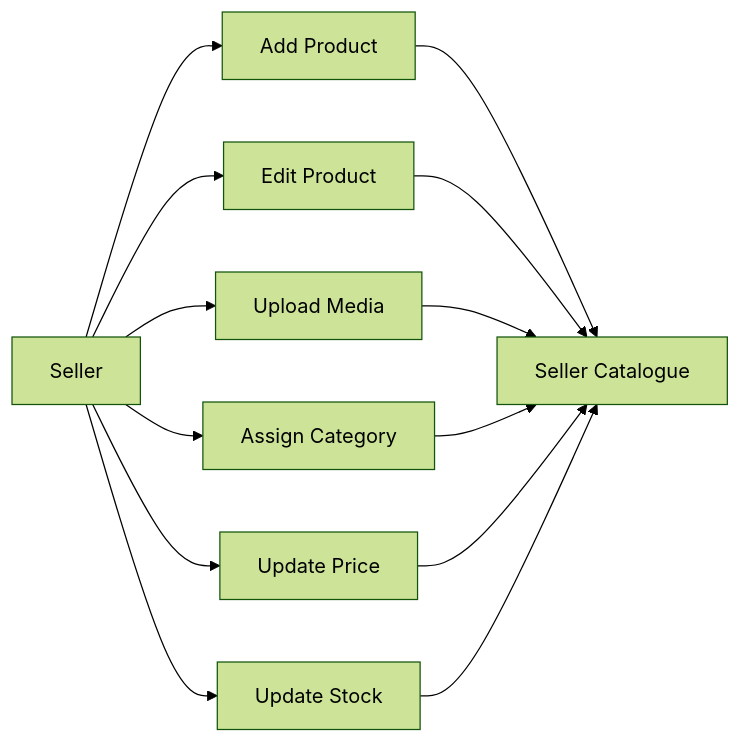
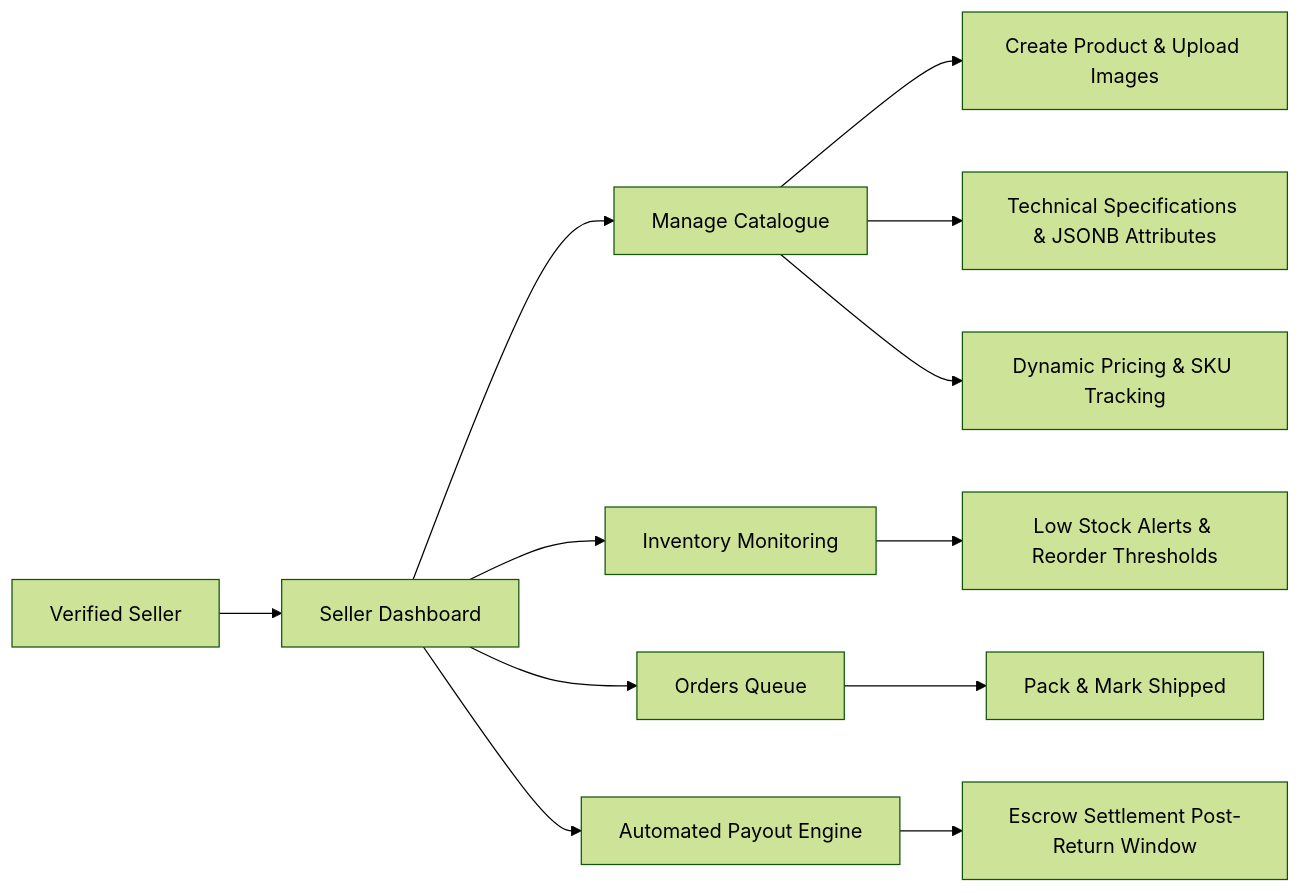
Before and after one commit to jathinreddy-5/Shop-Sell: the third of 6 diagrams in README.md, drawn with Mermaid (forest theme). The commit also changed other lines of this file, not shown here.

````diff
--- a/README.md
+++ b/README.md
@@ -477,16 +219,18 @@
 ```mermaid
 flowchart LR
-    Seller[Seller] --> Add[Add Product]
-    Seller --> Edit[Edit Product]
-    Seller --> Media[Upload Media]
-    Seller --> Category[Assign Category]
-    Seller --> Price[Update Price]
-    Seller --> Stock[Update Stock]
-
-    Add --> Catalogue[Seller Catalogue]
-    Edit --> Catalogue
-    Media --> Catalogue
-    Category --> Catalogue
-    Price --> Catalogue
-    Stock --> Catalogue
+    Seller[Verified Seller] --> Dashboard[Seller Dashboard]
+    
+    Dashboard --> Catalog[Manage Catalogue]
+    Catalog --> Add[Create Product & Upload Images]
+    Catalog --> Specs[Technical Specifications & JSONB Attributes]
+    Catalog --> Pricing[Dynamic Pricing & SKU Tracking]
+    
+    Dashboard --> Inv[Inventory Monitoring]
+    Inv --> LowStock[Low Stock Alerts & Reorder Thresholds]
+    
+    Dashboard --> Orders[Orders Queue]
+    Orders --> Pack[Pack & Mark Shipped]
+    
+    Dashboard --> Payouts[Automated Payout Engine]
+    Payouts --> Escrow[Escrow Settlement Post-Return Window]
 ```
````
